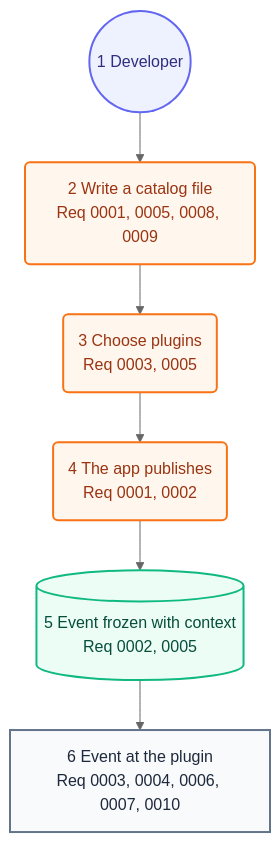
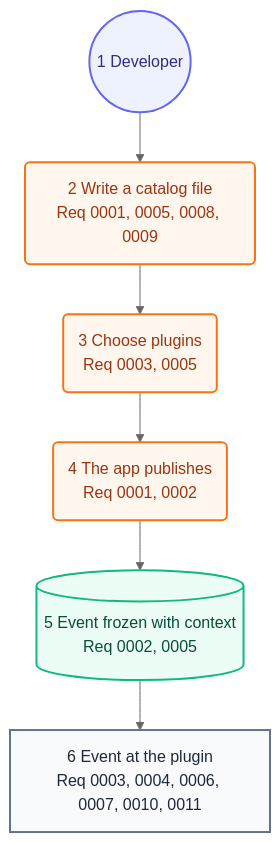
The second of 2 diagrams in docs/architecture/05-user-journey.md (may-journal/Stratum-Observability-Java), drawn with Mermaid (neutral theme) before and after one commit. The commit also changed 14 other files, not shown here.

````diff
--- a/docs/architecture/05-user-journey.md
+++ b/docs/architecture/05-user-journey.md
@@ -31,20 +31,20 @@
 ```mermaid
 flowchart TB
     dev((1 Developer)):::persona
     catalog(2 Write a catalog file<br/>Req 0001, 0005, 0008, 0009):::action
     plugins(3 Choose plugins<br/>Req 0003, 0005):::action
     publish(4 The app publishes<br/>Req 0001, 0002):::action
     snapshot[(5 Event frozen with context<br/>Req 0002, 0005)]:::system
-    plugin[6 Event at the plugin<br/>Req 0003, 0004, 0006, 0007, 0010]:::screen
+    plugin[6 Event at the plugin<br/>Req 0003, 0004, 0006, 0007, 0010, 0011]:::screen
 
     dev --> catalog
     catalog --> plugins
     plugins --> publish
     publish --> snapshot
     snapshot --> plugin
 
     classDef persona fill:#eef2ff,stroke:#6366f1,color:#312e81,stroke-width:2px
     classDef screen fill:#f8fafc,stroke:#64748b,color:#1e293b,stroke-width:2px
     classDef action fill:#fff7ed,stroke:#f97316,color:#9a3412,stroke-width:2px
     classDef system fill:#ecfdf5,stroke:#10b981,color:#064e3b,stroke-width:2px
 ```
````
